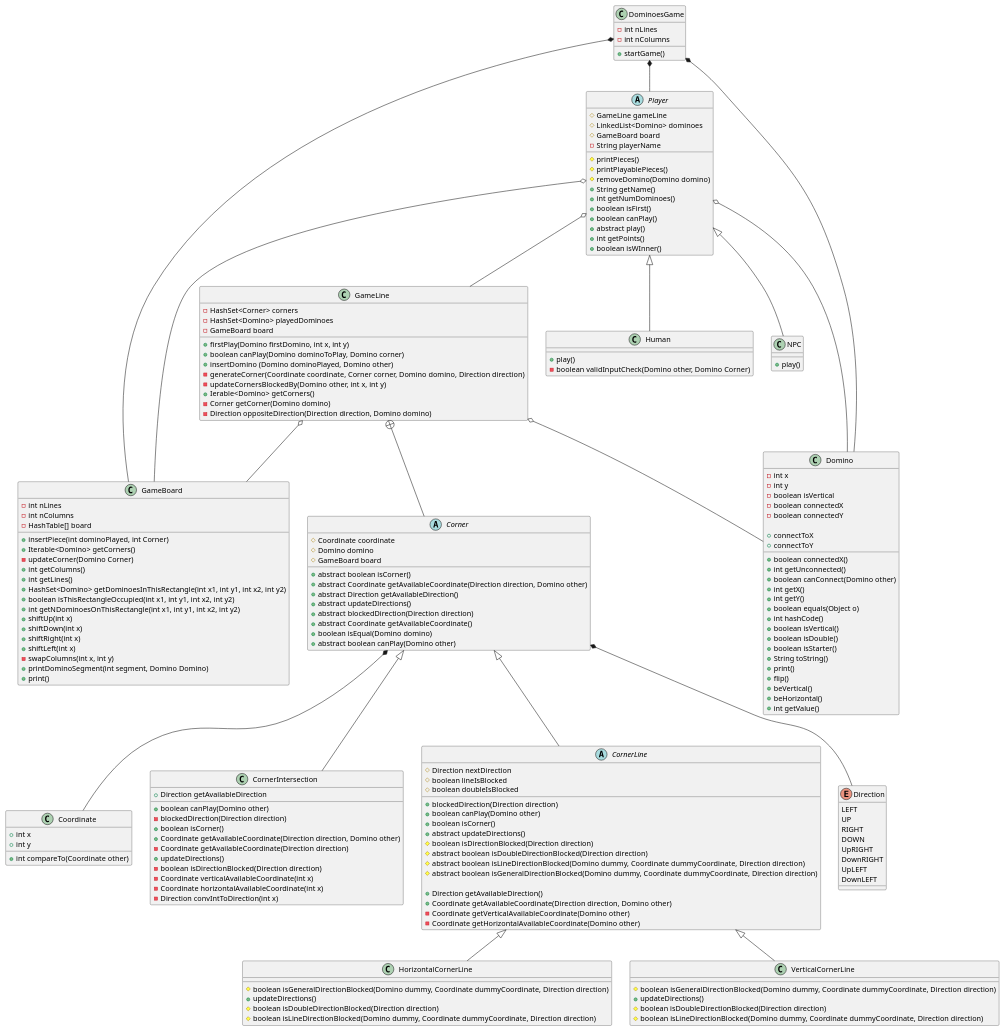
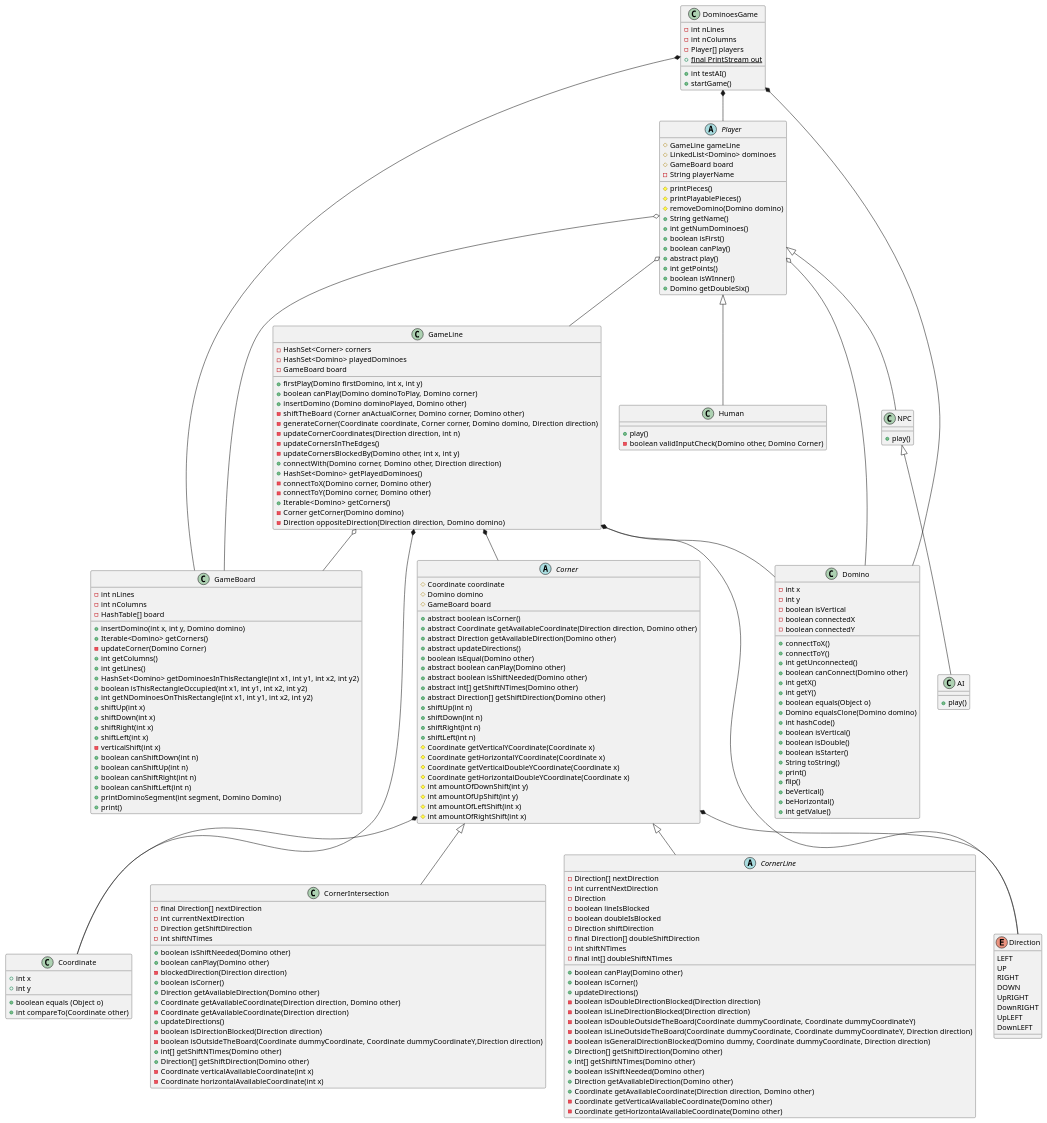
Before and after one commit to afonsoflou/DominoPOO: the diagram in src/DominoUML.puml, drawn with PlantUML.

Commit message:
Finished IntegrationUML

```diff
--- a/src/DominoUML.puml
+++ b/src/DominoUML.puml
@@ -7,14 +7,14 @@
     - boolean connectedX
     - boolean connectedY
 
-    + connectToX
-    + connectToY
-    + boolean connectedX()
+    + connectToX()
+    + connectToY()
     + int getUnconnected()
     + boolean canConnect(Domino other)
     + int getX()
     + int getY()
     + boolean equals(Object o)
+    + Domino equalsClone(Domino domino)
     + int hashCode()
     + boolean isVertical()
     + boolean isDouble()
@@ -35,9 +35,16 @@
     + firstPlay(Domino firstDomino, int x, int y)
     + boolean canPlay(Domino dominoToPlay, Domino corner)
     + insertDomino (Domino dominoPlayed, Domino other)
+    - shiftTheBoard (Corner anActualCorner, Domino corner, Domino other)
     - generateCorner(Coordinate coordinate, Corner corner, Domino domino, Direction direction)
+    - updateCornerCoordinates(Direction direction, int n)
+    - updateCornersInTheEdges()
     - updateCornersBlockedBy(Domino other, int x, int y)
-    + Ierable<Domino> getCorners()
+    + connectWith(Domino corner, Domino other, Direction direction)
+    + HashSet<Domino> getPlayedDominoes()
+    - connectToX(Domino corner, Domino other)
+    - connectToY(Domino corner, Domino other)
+    + Iterable<Domino> getCorners()
     - Corner getCorner(Domino domino)
     - Direction oppositeDirection(Direction direction, Domino domino)
 
@@ -49,7 +56,7 @@
     - int nColumns
     - HashTable[] board
 
-    + insertPiece(int dominoPlayed, int Corner)
+    + insertDomino(int x, int y, Domino domino)
     + Iterable<Domino> getCorners()
     - updateCorner(Domino Corner)
     + int getColumns()
@@ -61,24 +68,16 @@
     + shiftDown(int x)
     + shiftRight(int x)
     + shiftLeft(int x)
-    - swapColumns(int x, int y)
+    - verticalShift(int x)
+    + boolean canShiftDown(int n)
+    + boolean canShiftUp(int n)
+    + boolean canShiftRight(int n)
+    + boolean canShiftLeft(int n)
     + printDominoSegment(int segment, Domino Domino)
     + print()
 }
 
-class HorizontalCornerLine{
-    # boolean isGeneralDirectionBlocked(Domino dummy, Coordinate dummyCoordinate, Direction direction)
-    + updateDirections()
-    # boolean isDoubleDirectionBlocked(Direction direction)
-    # boolean isLineDirectionBlocked(Domino dummy, Coordinate dummyCoordinate, Direction direction)
-}
 
-class VerticalCornerLine{
-    # boolean isGeneralDirectionBlocked(Domino dummy, Coordinate dummyCoordinate, Direction direction)
-    + updateDirections()
-    # boolean isDoubleDirectionBlocked(Direction direction)
-    # boolean isLineDirectionBlocked(Domino dummy, Coordinate dummyCoordinate, Direction direction)
-}
 
 
 abstract class Player {
@@ -97,12 +96,16 @@
     + abstract play()
     + int getPoints()
     + boolean isWInner()
+    + Domino getDoubleSix()
 }
 
 class DominoesGame {
     - int nLines
     - int nColumns
+    - Player[] players
+    + {Static} final PrintStream out
 
+    + int testAI()
     + startGame()
 }
 
@@ -115,10 +118,15 @@
     + play()
 }
 
+class AI {
+    + play()
+}
+
 class Coordinate{
     +int x
     +int y
 
+    +boolean equals (Object o)
     +int compareTo(Coordinate other)
 }
 
@@ -129,44 +137,74 @@
 
     +abstract boolean isCorner()
     +abstract Coordinate getAvailableCoordinate(Direction direction, Domino other)
-    +abstract Direction getAvailableDirection()
+    +abstract Direction getAvailableDirection(Domino other)
     +abstract updateDirections()
-    +abstract blockedDirection(Direction direction)
-    +abstract Coordinate getAvailableCoordinate()
-    +boolean isEqual(Domino domino)
+    +boolean isEqual(Domino other)
     +abstract boolean canPlay(Domino other)
-}
+    +abstract boolean isShiftNeeded(Domino other)
+    +abstract int[] getShiftNTimes(Domino other)
+    +abstract Direction[] getShiftDirection(Domino other)
+    + shiftUp(int n)
+    + shiftDown(int n)
+    + shiftRight(int n)
+    + shiftLeft(int n)
+    # Coordinate getVerticalYCoordinate(Coordinate x)
+    # Coordinate getHorizontalYCoordinate(Coordinate x)
+    # Coordinate getVerticalDoubleYCoordinate(Coordinate x)
+    # Coordinate getHorizontalDoubleYCoordinate(Coordinate x)
+    # int amountOfDownShift(int y)
+    # int amountOfUpShift(int y)
+    # int amountOfLeftShift(int x)
+    # int amountOfRightShift(int x)
+ }
 
 class CornerIntersection{
+
+ -final Direction[] nextDirection
+ -int currentNextDirection
+ -Direction getShiftDirection
+ -int shiftNTimes
+
+ + boolean isShiftNeeded(Domino other)
  + boolean canPlay(Domino other)
  - blockedDirection(Direction direction)
  + boolean isCorner()
- + Direction getAvailableDirection
+ + Direction getAvailableDirection(Domino other)
  + Coordinate getAvailableCoordinate(Direction direction, Domino other)
  - Coordinate getAvailableCoordinate(Direction direction)
  + updateDirections()
  - boolean isDirectionBlocked(Direction direction)
+ - boolean isOutsideTheBoard(Coordinate dummyCoordinate, Coordinate dummyCoordinateY,Direction direction)
+ + int[] getShiftNTimes(Domino other)
+ + Direction[] getShiftDirection(Domino other)
  - Coordinate verticalAvailableCoordinate(int x)
  - Coordinate horizontalAvailableCoordinate(int x)
- - Direction convIntToDirection(int x)
 }
 
 
 abstract class CornerLine{
-    #Direction nextDirection
-    #boolean lineIsBlocked
-    #boolean doubleIsBlocked
+    -Direction[] nextDirection
+    -int currentNextDirection
+    -Direction
+    -boolean lineIsBlocked
+    -boolean doubleIsBlocked
+    -Direction shiftDirection
+    -final Direction[] doubleShiftDirection
+    - int shiftNTimes
+    - final int[] doubleShiftNTimes
 
-    + blockedDirection(Direction direction)
     + boolean canPlay(Domino other)
     + boolean isCorner()
-    + abstract updateDirections()
-    # boolean isDirectionBlocked(Direction direction)
-    # abstract boolean isDoubleDirectionBlocked(Direction direction)
-    # abstract boolean isLineDirectionBlocked(Domino dummy, Coordinate dummyCoordinate, Direction direction)
-    # abstract boolean isGeneralDirectionBlocked(Domino dummy, Coordinate dummyCoordinate, Direction direction)
-
-    + Direction getAvailableDirection()
+    + updateDirections()
+    - boolean isDoubleDirectionBlocked(Direction direction)
+    - boolean isLineDirectionBlocked(Direction direction)
+    - boolean isDoubleOutsideTheBoard(Coordinate dummyCoordinate, Coordinate dummyCoordinateY)
+    - boolean isLineOutsideTheBoard(Coordinate dummyCoordinate, Coordinate dummyCoordinateY, Direction direction)
+    - boolean isGeneralDirectionBlocked(Domino dummy, Coordinate dummyCoordinate, Direction direction)
+    + Direction[] getShiftDirection(Domino other)
+    + int[] getShiftNTimes(Domino other)
+    + boolean isShiftNeeded(Domino other)
+    + Direction getAvailableDirection(Domino other)
     + Coordinate getAvailableCoordinate(Direction direction, Domino other)
     - Coordinate getVerticalAvailableCoordinate(Domino other)
     - Coordinate getHorizontalAvailableCoordinate(Domino other)
@@ -188,6 +226,8 @@
 DominoesGame *-- Player
 Corner *-- Coordinate
 Corner *-- Direction
+GameLine *-- Coordinate
+GameLine *-- Direction
 GameLine o-- Domino
 Player o-- Domino
 Player o-- GameLine
@@ -195,10 +235,9 @@
 GameLine o-- GameBoard
 Player <|-- Human
 Player <|--NPC
+NPC <|-- AI
 Corner <|-- CornerIntersection
 Corner <|-- CornerLine
-CornerLine <|-- HorizontalCornerLine
-CornerLine <|-- VerticalCornerLine
-GameLine +-- Corner
+GameLine *-- Corner
 
 @enduml
```
